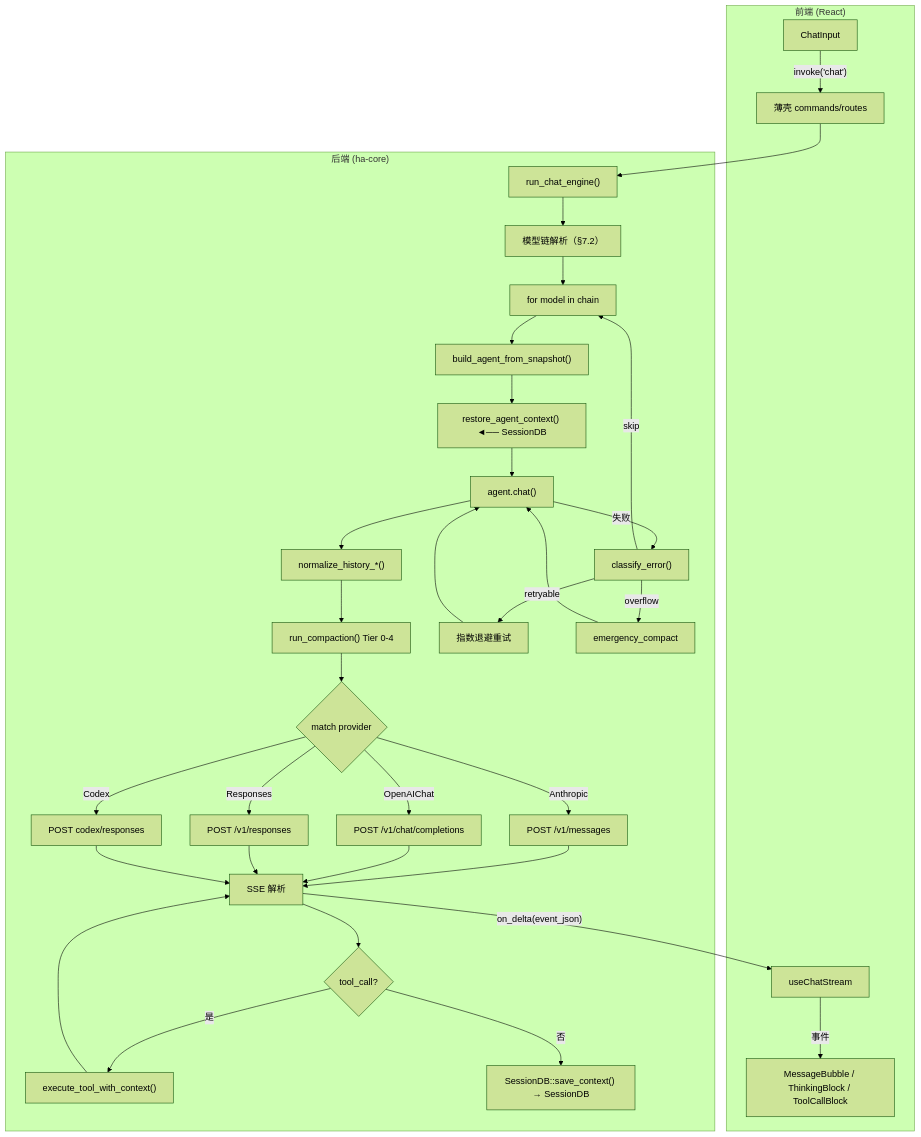
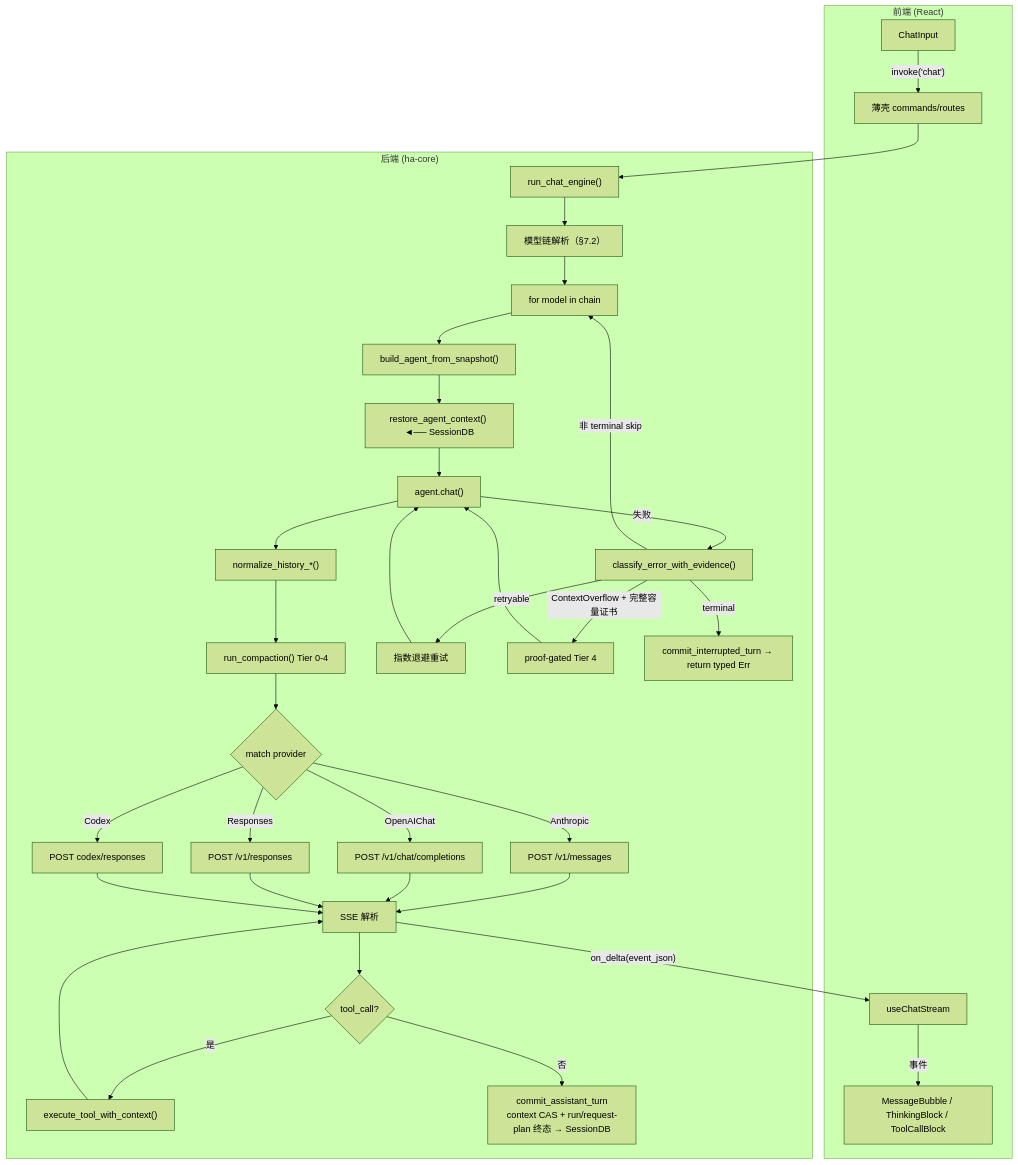
Before and after one commit to shiwenwen/hope-agent: diagram 16 of 16 in docs/architecture/core/provider-system.md, drawn with Mermaid (forest theme). The commit also changed other lines of this file and 124 other files, not shown here.

````diff
--- a/docs/architecture/core/provider-system.md
+++ b/docs/architecture/core/provider-system.md
@@ -785,40 +797,41 @@
 ```mermaid
 flowchart TD
   subgraph Frontend["前端 (React)"]
     INPUT["ChatInput"] -->|"invoke('chat')"| INVOKE
     STREAM["useChatStream"] -->|"事件"| RENDER
     RENDER["MessageBubble / ThinkingBlock / ToolCallBlock"]
   end
 
   subgraph Backend["后端 (ha-core)"]
     INVOKE["薄壳 commands/routes"] --> ENGINE["run_chat_engine()"]
     ENGINE --> RESOLVE["模型链解析（§7.2）"]
     RESOLVE --> LOOP["for model in chain"]
 
     LOOP --> BUILD["build_agent_from_snapshot()"]
     BUILD --> RESTORE["restore_agent_context() ◄── SessionDB"]
     RESTORE --> AGENT["agent.chat()"]
 
     AGENT --> NORMALIZE["normalize_history_*()"]
     NORMALIZE --> COMPACTION["run_compaction() Tier 0-4"]
     COMPACTION --> PROVIDER{"match provider"}
 
     PROVIDER -->|Anthropic| P1["POST /v1/messages"]
     PROVIDER -->|OpenAIChat| P2["POST /v1/chat/completions"]
     PROVIDER -->|Responses| P3["POST /v1/responses"]
     PROVIDER -->|Codex| P4["POST codex/responses"]
 
     P1 & P2 & P3 & P4 --> SSE["SSE 解析"]
     SSE -->|"on_delta(event_json)"| STREAM
 
     SSE --> TOOLQ{"tool_call?"}
     TOOLQ -->|是| TEXEC["execute_tool_with_context()"]
     TEXEC --> SSE
-    TOOLQ -->|否| SAVE["SessionDB::save_context() → SessionDB"]
+    TOOLQ -->|否| SAVE["commit_assistant_turn<br/>context CAS + run/request-plan 终态 → SessionDB"]
 
-    AGENT -->|失败| CLASSIFY["classify_error()"]
+    AGENT -->|失败| CLASSIFY["classify_error_with_evidence()"]
     CLASSIFY -->|retryable| BACKOFF["指数退避重试"] --> AGENT
-    CLASSIFY -->|overflow| EMERGENCY["emergency_compact"] --> AGENT
-    CLASSIFY -->|skip| LOOP
+    CLASSIFY -->|"ContextOverflow + 完整容量证书"| EMERGENCY["proof-gated Tier 4"] --> AGENT
+    CLASSIFY -->|terminal| ABORT["commit_interrupted_turn → return typed Err"]
+    CLASSIFY -->|"非 terminal skip"| LOOP
   end
 ```
````
